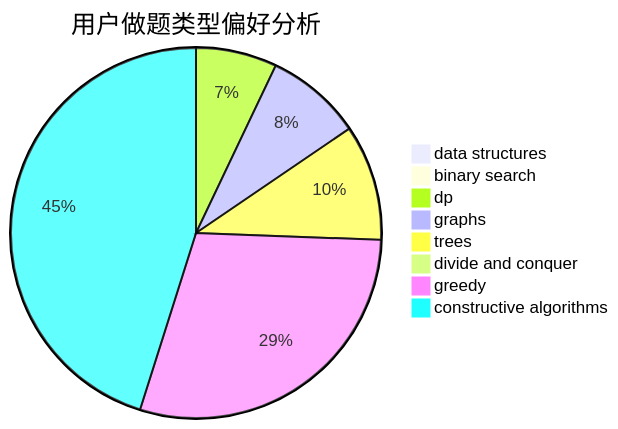
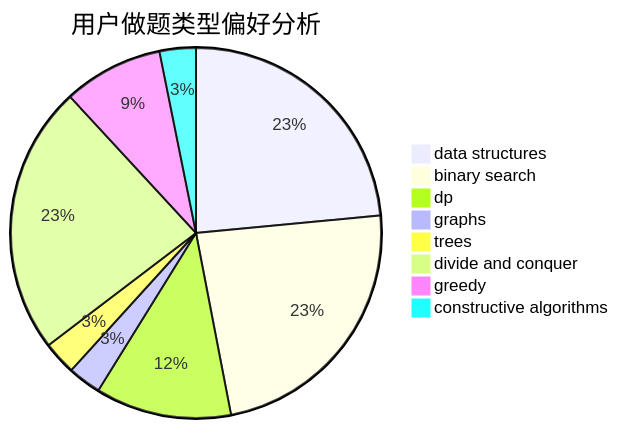
The second of 3 diagrams in docs/user/u1786.md (sherpahu/cfrs.github.io), drawn with Mermaid before and after one commit. The commit also changed other lines of this file and 2770 other files, not shown here.

````diff
--- a/docs/user/u1786.md
+++ b/docs/user/u1786.md
@@ -23,11 +23,11 @@
 ```mermaid
 pie title 用户做题类型偏好分析
-    "data structures" :  0
-    "binary search" :  0
-    "dp" :  21
-    "graphs" :  25
-    "trees" :  30
-    "divide and conquer" :  0
-    "greedy" :  87
-    "constructive algorithms" :  134
+    "data structures" :  89
+    "binary search" :  89
+    "dp" :  45
+    "graphs" :  11
+    "trees" :  11
+    "divide and conquer" :  89
+    "greedy" :  33
+    "constructive algorithms" :  12
 ```
````
